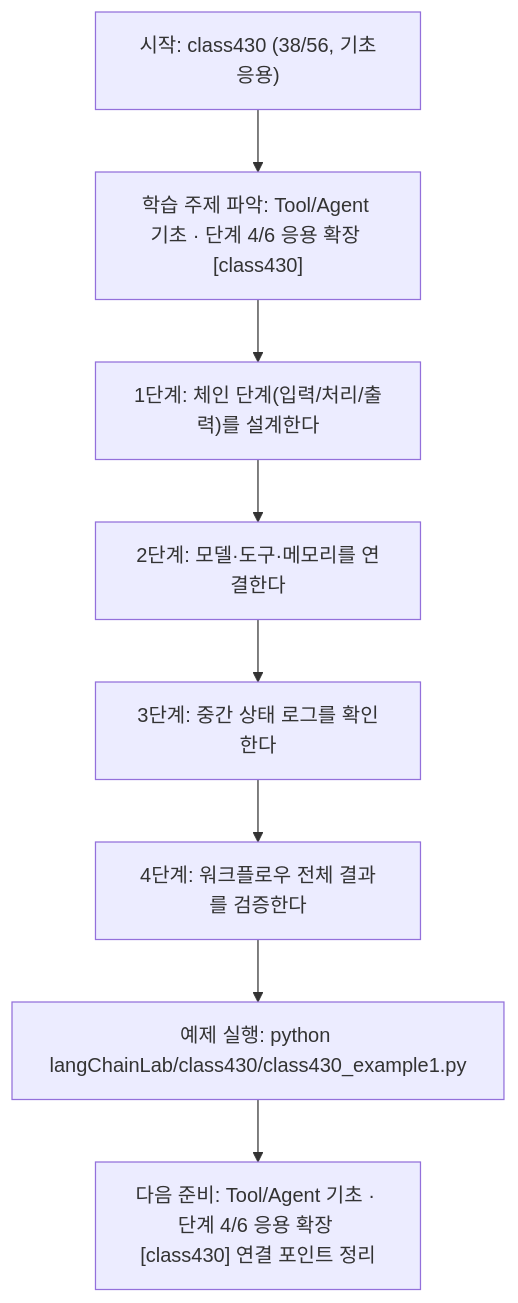
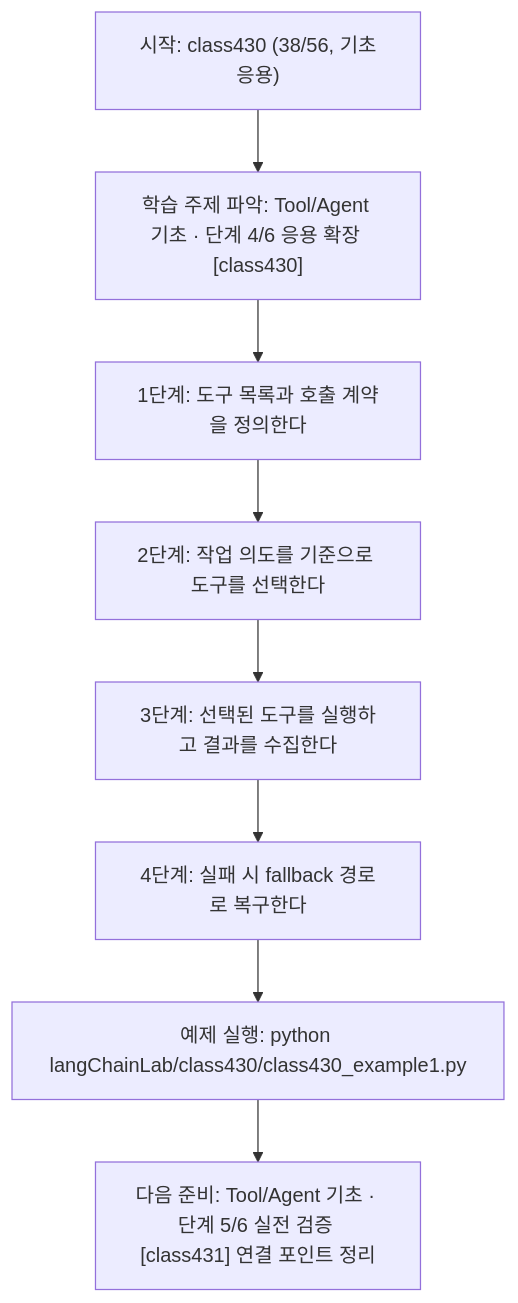
Before and after one commit to edumgt/Python-AI_Agent-Class: the diagram in langChainLab/class430/class430.md, drawn with Mermaid. The commit also changed other lines of this file and 395 other files, not shown here.

````diff
--- a/langChainLab/class430/class430.md
+++ b/langChainLab/class430/class430.md
@@ -110,18 +91,18 @@
 ```mermaid
 flowchart TD
 N1["시작: class430 (38/56, 기초응용)"]
 N2["학습 주제 파악: Tool/Agent 기초 · 단계 4/6 응용 확장 [class430]"]
-N3["1단계: 체인 단계(입력/처리/출력)를 설계한다"]
-N4["2단계: 모델·도구·메모리를 연결한다"]
-N5["3단계: 중간 상태 로그를 확인한다"]
-N6["4단계: 워크플로우 전체 결과를 검증한다"]
+N3["1단계: 도구 목록과 호출 계약을 정의한다"]
+N4["2단계: 작업 의도를 기준으로 도구를 선택한다"]
+N5["3단계: 선택된 도구를 실행하고 결과를 수집한다"]
+N6["4단계: 실패 시 fallback 경로로 복구한다"]
 N7["예제 실행: python langChainLab/class430/class430_example1.py"]
-N8["다음 준비: Tool/Agent 기초 · 단계 4/6 응용 확장 [class430] 연결 포인트 정리"]
+N8["다음 준비: Tool/Agent 기초 · 단계 5/6 실전 검증 [class431] 연결 포인트 정리"]
 N1 --> N2
 N2 --> N3
 N3 --> N4
 N4 --> N5
 N5 --> N6
 N6 --> N7
 N7 --> N8
 ```
````
